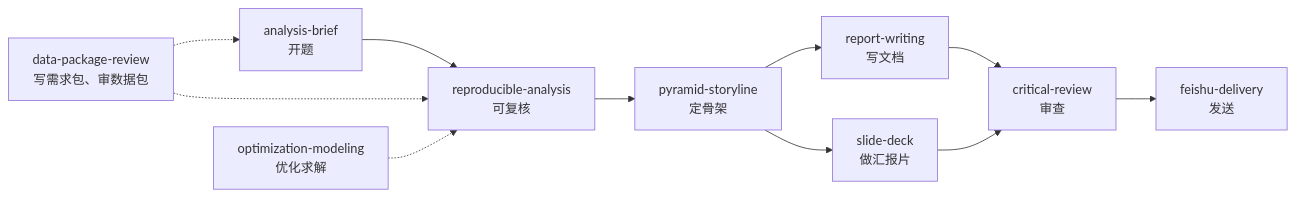
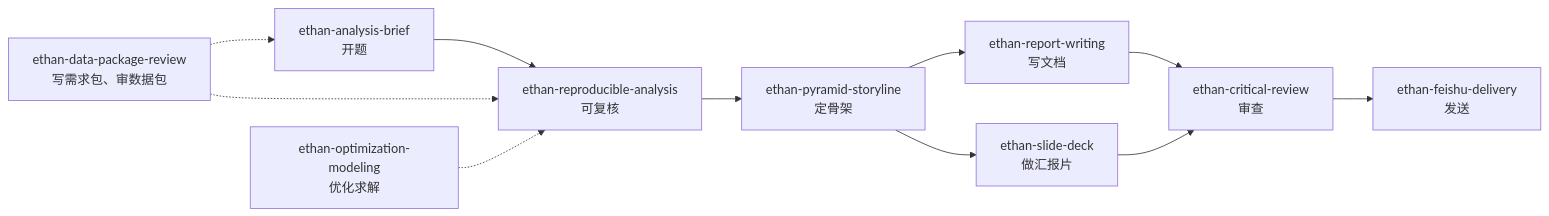
Before and after one commit to Ethanyang9512/ai-analyst-workbench: the diagram in docs/03-技能体系.md, drawn with Mermaid. The commit also changed other lines of this file and 119 other files, not shown here.

````diff
--- a/docs/03-技能体系.md
+++ b/docs/03-技能体系.md
@@ -29,12 +29,12 @@
 ```mermaid
 flowchart LR
-    K["analysis-brief<br/>开题"] --> R["reproducible-analysis<br/>可复核"] --> S["pyramid-storyline<br/>定骨架"]
-    S --> D["report-writing<br/>写文档"]
-    S --> P["slide-deck<br/>做汇报片"]
-    D --> A["critical-review<br/>审查"]
+    K["ethan-analysis-brief<br/>开题"] --> R["ethan-reproducible-analysis<br/>可复核"] --> S["ethan-pyramid-storyline<br/>定骨架"]
+    S --> D["ethan-report-writing<br/>写文档"]
+    S --> P["ethan-slide-deck<br/>做汇报片"]
+    D --> A["ethan-critical-review<br/>审查"]
     P --> A
-    A --> F["feishu-delivery<br/>发送"]
-    PA["data-package-review<br/>写需求包、审数据包"] -.-> K
+    A --> F["ethan-feishu-delivery<br/>发送"]
+    PA["ethan-data-package-review<br/>写需求包、审数据包"] -.-> K
     PA -.-> R
-    O["optimization-modeling<br/>优化求解"] -.-> R
+    O["ethan-optimization-modeling<br/>优化求解"] -.-> R
 ```
````
